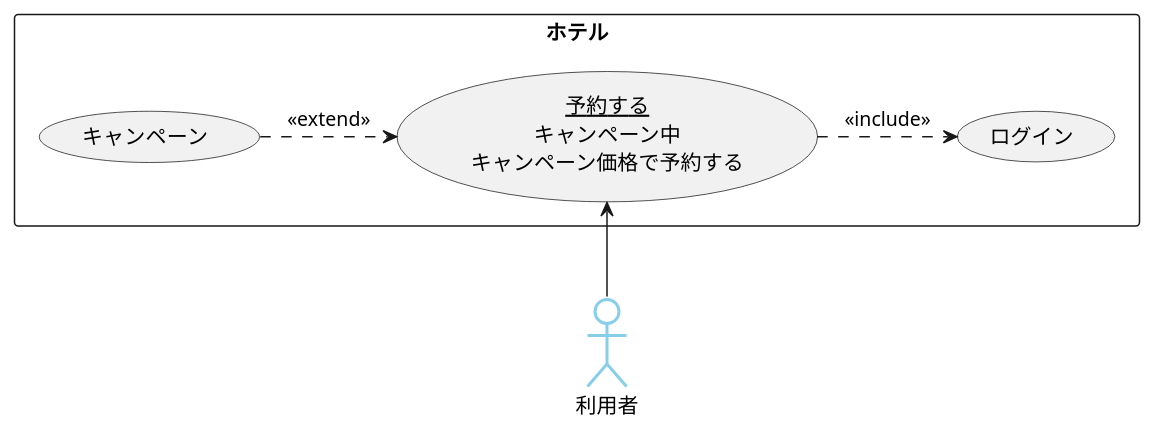
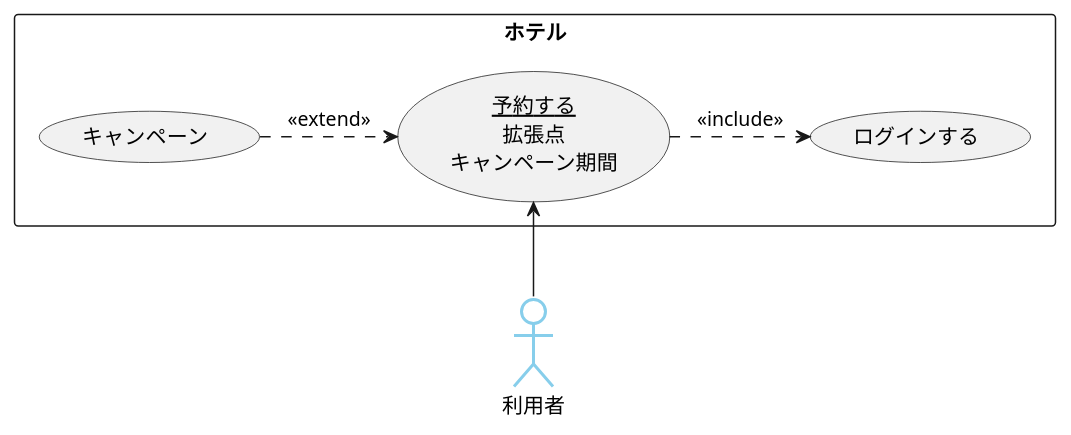
The diagram in 演習2-4_キャンペーン中のホテル宿泊予約.pu (krij9319/uml-introduction), drawn with PlantUML before and after one commit.

Commit message:
演習2-4の修正

```diff
--- a/演習2-4_キャンペーン中のホテル宿泊予約.pu
+++ b/演習2-4_キャンペーン中のホテル宿泊予約.pu
@@ -1,11 +1,11 @@
 @startuml 演習2-5
     actor 利用者 #FFFFFF;line:SkyBlue;line.bold;
     rectangle ホテル{
-        usecase ログイン
-        usecase (<u>予約する</u>\nキャンペーン中\nキャンペーン価格で予約する) as input
+        usecase ログインする
+        usecase (<u>予約する</u>\n拡張点\nキャンペーン期間) as input
         usecase キャンペーン
         }
-    input .> ログイン : <<include>>
+    input .> ログインする : <<include>>
     キャンペーン .> input : <<extend>>
     input <-- 利用者
 @enduml
```
